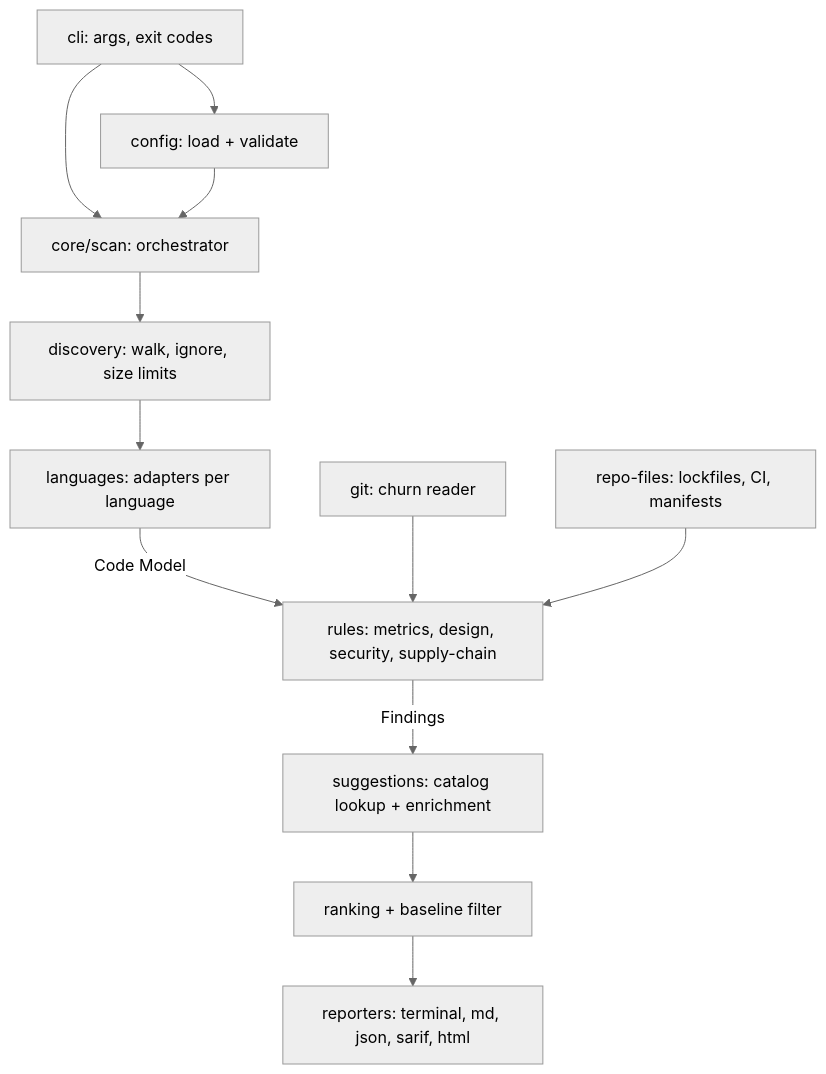
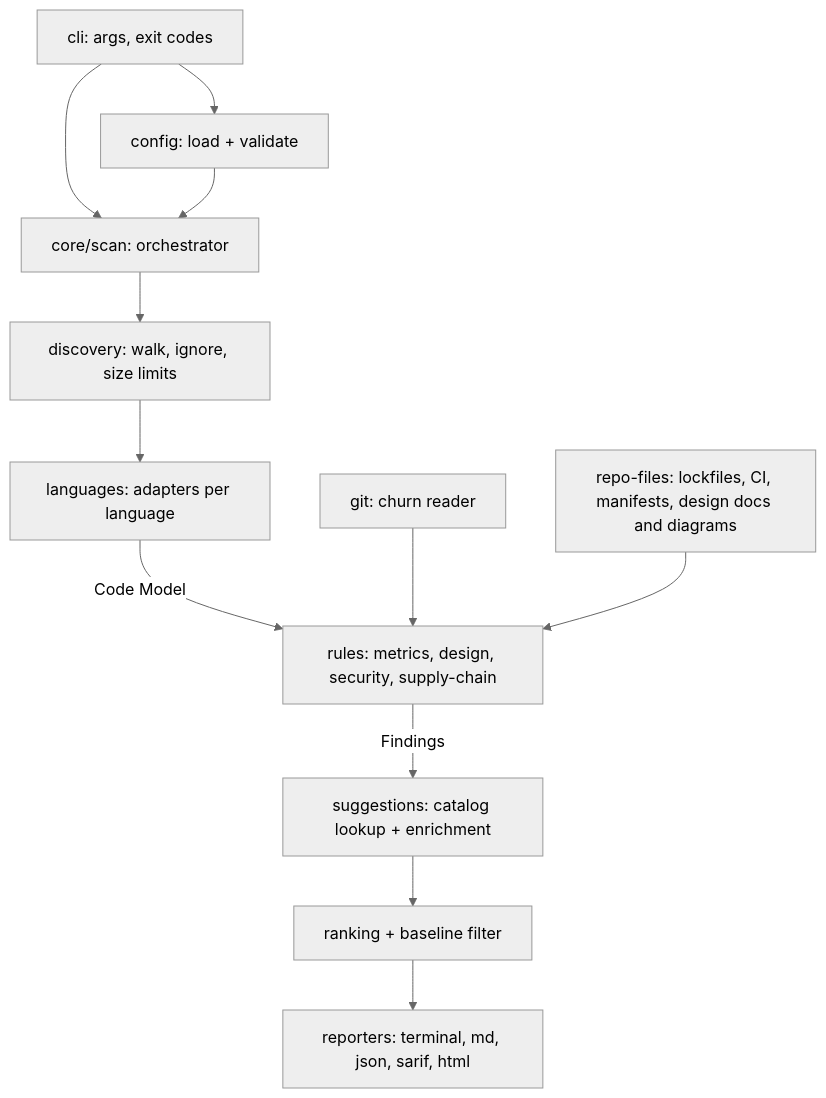
Before and after one commit to BlackCanyonSoftware/siftcode_BCS: the second of 4 diagrams in docs/ARCHITECTURE.md, drawn with Mermaid (neutral theme). The commit also changed other lines of this file and 5 other files, not shown here.

````diff
--- a/docs/ARCHITECTURE.md
+++ b/docs/ARCHITECTURE.md
@@ -36,14 +36,14 @@
 ```mermaid
 flowchart TD
     CLI[cli: args, exit codes] --> Cfg[config: load + validate]
     CLI --> Scan[core/scan: orchestrator]
     Cfg --> Scan
     Scan --> Disc[discovery: walk, ignore, size limits]
     Disc --> Lang[languages: adapters per language]
     Lang -->|Code Model| Rules[rules: metrics, design, security, supply-chain]
     Git[git: churn reader] --> Rules
-    Repo[repo-files: lockfiles, CI, manifests] --> Rules
+    Repo[repo-files: lockfiles, CI, manifests, design docs and diagrams] --> Rules
     Rules -->|Findings| Sugg[suggestions: catalog lookup + enrichment]
     Sugg --> Rank[ranking + baseline filter]
     Rank --> Rep[reporters: terminal, md, json, sarif, html]
 ```
````
